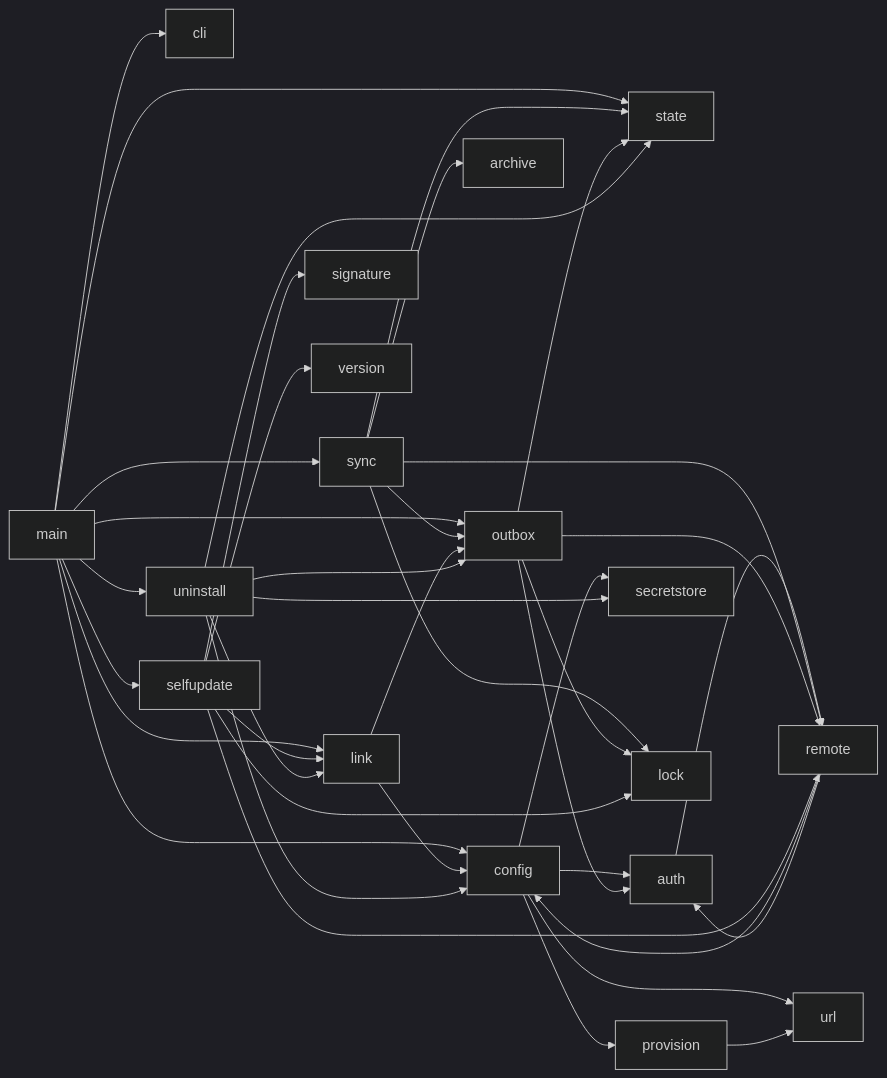
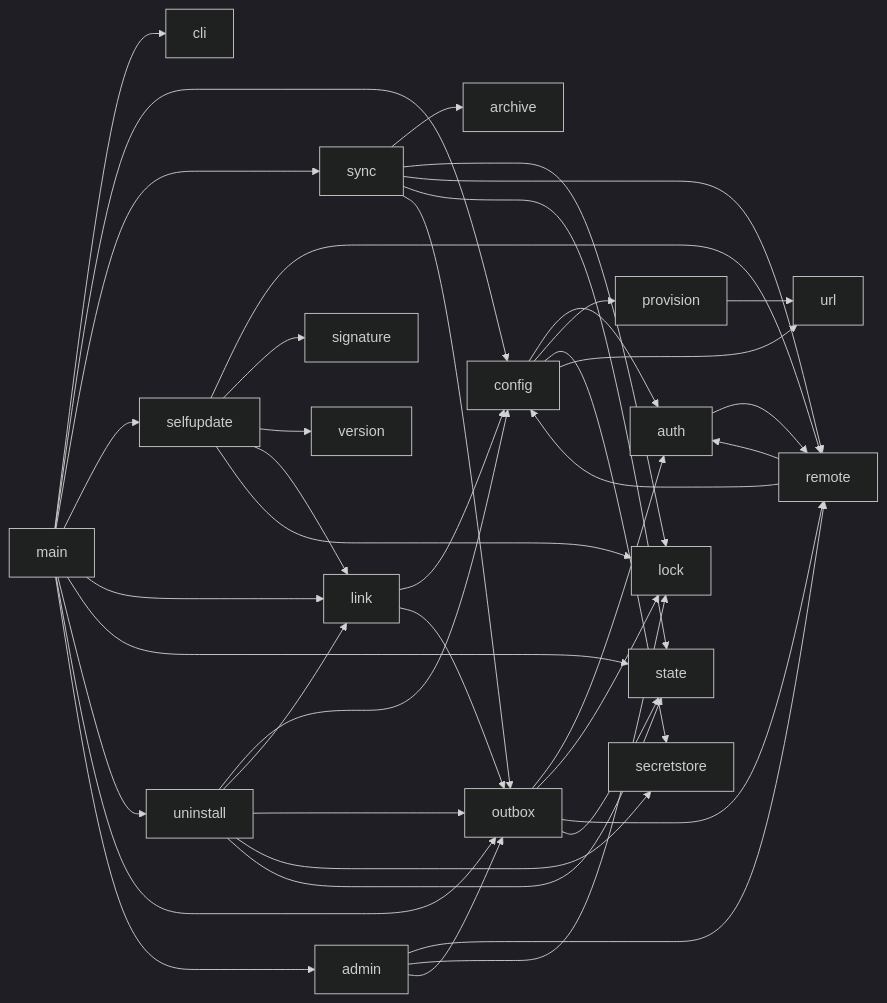
One commit to damac-italia/brainmaker changed the diagram in docs/ARCHITECTURE.md. Above: the diagram before and after it, drawn with Mermaid (dark theme). The commit also changed other lines of this file and 12 other files, not shown here.

````diff
--- a/docs/ARCHITECTURE.md
+++ b/docs/ARCHITECTURE.md
@@ -45,40 +47,44 @@
 ```mermaid
 graph LR
     main --> cli
     main --> config
     main --> sync
     main --> selfupdate
     main --> link
     main --> state
     main --> uninstall
     main --> outbox
+    main --> admin
+    admin --> remote
+    admin --> lock
+    admin --> outbox
     config --> auth
     config --> provision
     config --> secretstore
     config --> url
     provision --> url
     auth --> remote
     sync --> archive
     sync --> lock
     sync --> remote
     sync --> state
     sync --> outbox
     outbox --> auth
     outbox --> lock
     outbox --> remote
     outbox --> state
     selfupdate --> remote
     selfupdate --> signature
     selfupdate --> version
     selfupdate --> link
     selfupdate --> lock
     remote --> config
     remote --> auth
     link --> config
     link --> outbox
     uninstall --> config
     uninstall --> link
     uninstall --> outbox
     uninstall --> secretstore
     uninstall --> state
 ```
````
